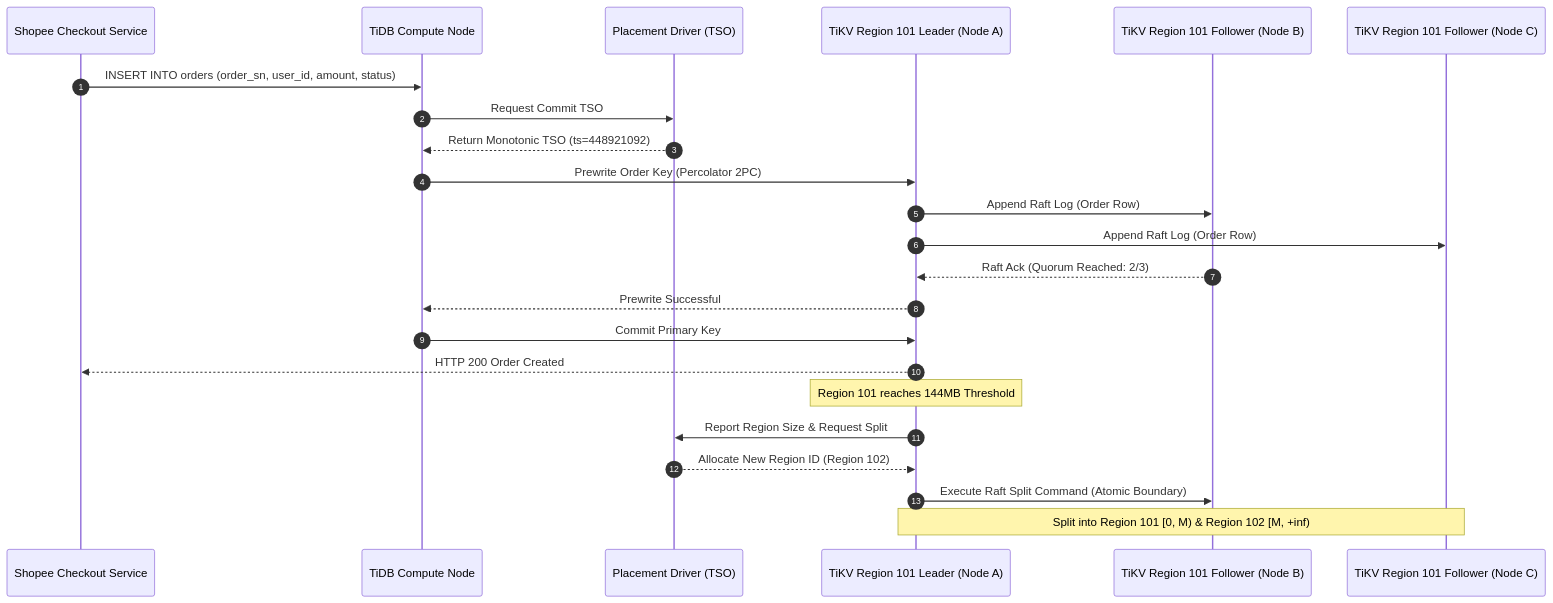
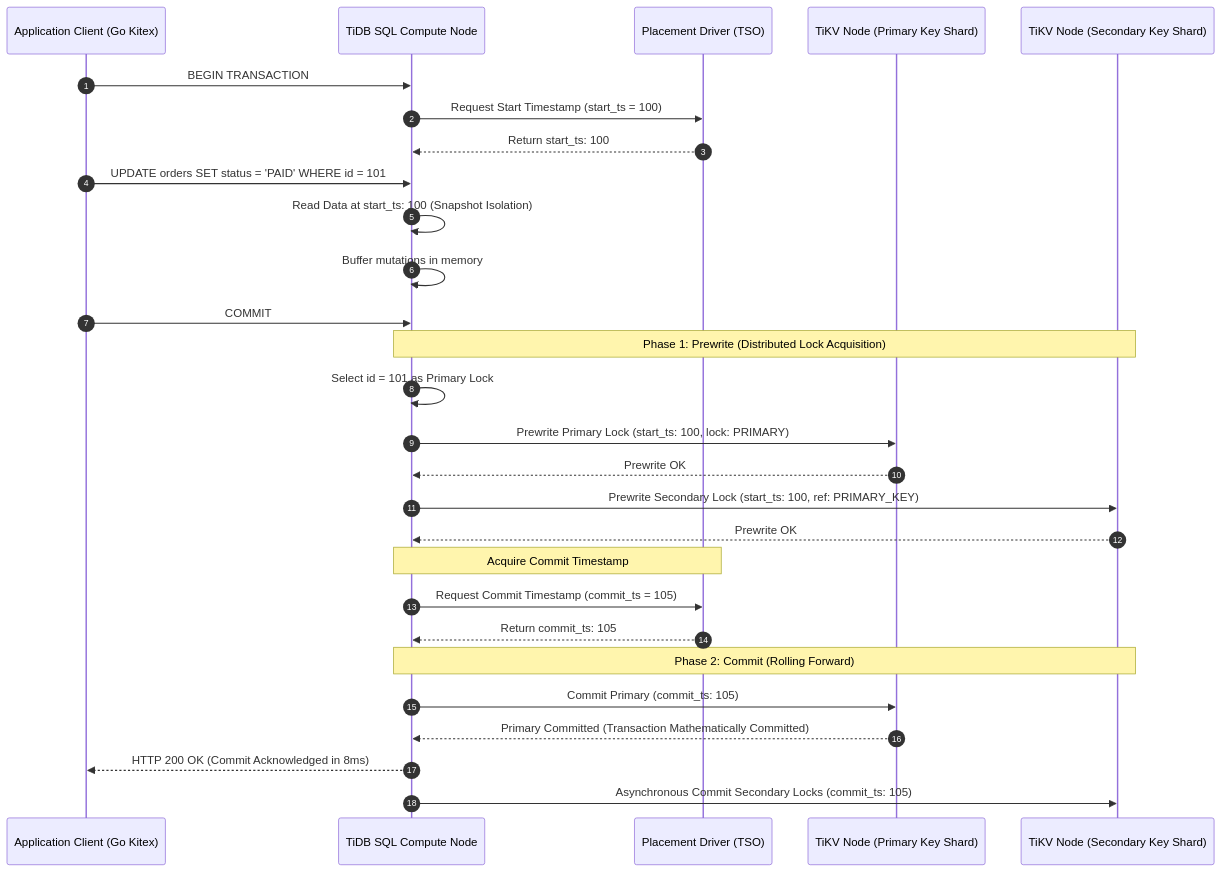
The third of 4 diagrams in content/series/shopee-architecture/04-database-scale.md (vesviet/vesviet), drawn with Mermaid before and after one commit. The commit also changed other lines of this file and 36 other files, not shown here.

Commit message:
feat(sprint-2): upgrade paypay and shopee architecture series to 2027 SOTA masterclass

````diff
--- a/content/series/shopee-architecture/04-database-scale.md
+++ b/content/series/shopee-architecture/04-database-scale.md
@@ -134,27 +184,37 @@
 ```mermaid
 sequenceDiagram
     autonumber
-    participant App as Shopee Checkout Service
-    participant TiDB as TiDB Compute Node
+    participant Client as Application Client (Go Kitex)
+    participant TiDB as TiDB SQL Compute Node
     participant PD as Placement Driver (TSO)
-    participant Leader as TiKV Region 101 Leader (Node A)
-    participant Follower as TiKV Region 101 Follower (Node B)
-    participant Follower2 as TiKV Region 101 Follower (Node C)
+    participant TiKV_P as TiKV Node (Primary Key Shard)
+    participant TiKV_S as TiKV Node (Secondary Key Shard)
 
-    App->>TiDB: INSERT INTO orders (order_sn, user_id, amount, status)
-    TiDB->>PD: Request Commit TSO
-    PD-->>TiDB: Return Monotonic TSO (ts=448921092)
-    TiDB->>Leader: Prewrite Order Key (Percolator 2PC)
-    Leader->>Follower: Append Raft Log (Order Row)
-    Leader->>Follower2: Append Raft Log (Order Row)
-    Follower-->>Leader: Raft Ack (Quorum Reached: 2/3)
-    Leader-->>TiDB: Prewrite Successful
-    TiDB->>Leader: Commit Primary Key
-    Leader-->>App: HTTP 200 Order Created
+    Client->>TiDB: BEGIN TRANSACTION
+    TiDB->>PD: Request Start Timestamp (start_ts = 100)
+    PD-->>TiDB: Return start_ts: 100
 
-    Note over Leader: Region 101 reaches 144MB Threshold
-    Leader->>PD: Report Region Size & Request Split
-    PD-->>Leader: Allocate New Region ID (Region 102)
-    Leader->>Follower: Execute Raft Split Command (Atomic Boundary)
-    Note over Leader, Follower2: Split into Region 101 [0, M) & Region 102 [M, +inf)
+    Client->>TiDB: UPDATE orders SET status = 'PAID' WHERE id = 101;
+    TiDB->>TiDB: Read Data at start_ts: 100 (Snapshot Isolation)
+    TiDB->>TiDB: Buffer mutations in memory
+
+    Client->>TiDB: COMMIT
+
+    Note over TiDB,TiKV_S: Phase 1: Prewrite (Distributed Lock Acquisition)
+    TiDB->>TiDB: Select id = 101 as Primary Lock
+    TiDB->>TiKV_P: Prewrite Primary Lock (start_ts: 100, lock: PRIMARY)
+    TiKV_P-->>TiDB: Prewrite OK
+    TiDB->>TiKV_S: Prewrite Secondary Lock (start_ts: 100, ref: PRIMARY_KEY)
+    TiKV_S-->>TiDB: Prewrite OK
+
+    Note over TiDB,PD: Acquire Commit Timestamp
+    TiDB->>PD: Request Commit Timestamp (commit_ts = 105)
+    PD-->>TiDB: Return commit_ts: 105
+
+    Note over TiDB,TiKV_S: Phase 2: Commit (Rolling Forward)
+    TiDB->>TiKV_P: Commit Primary (commit_ts: 105)
+    TiKV_P-->>TiDB: Primary Committed (Transaction Mathematically Committed)
+    TiDB-->>Client: HTTP 200 OK (Commit Acknowledged in 8ms)
+
+    TiDB->>TiKV_S: Asynchronous Commit Secondary Locks (commit_ts: 105)
 ```
````
